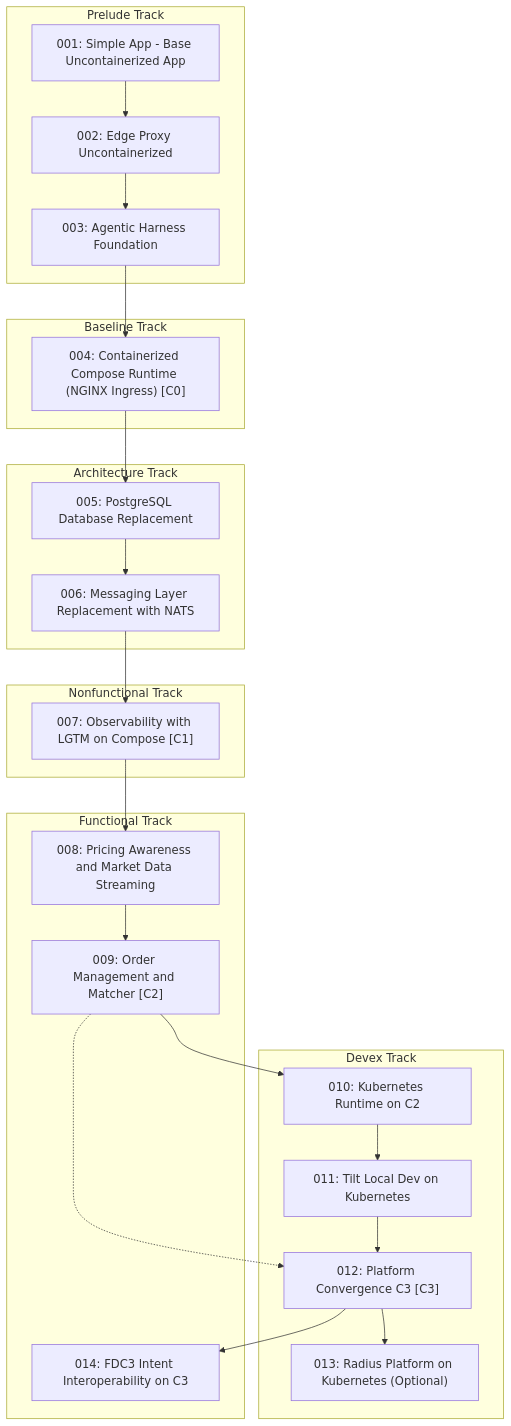
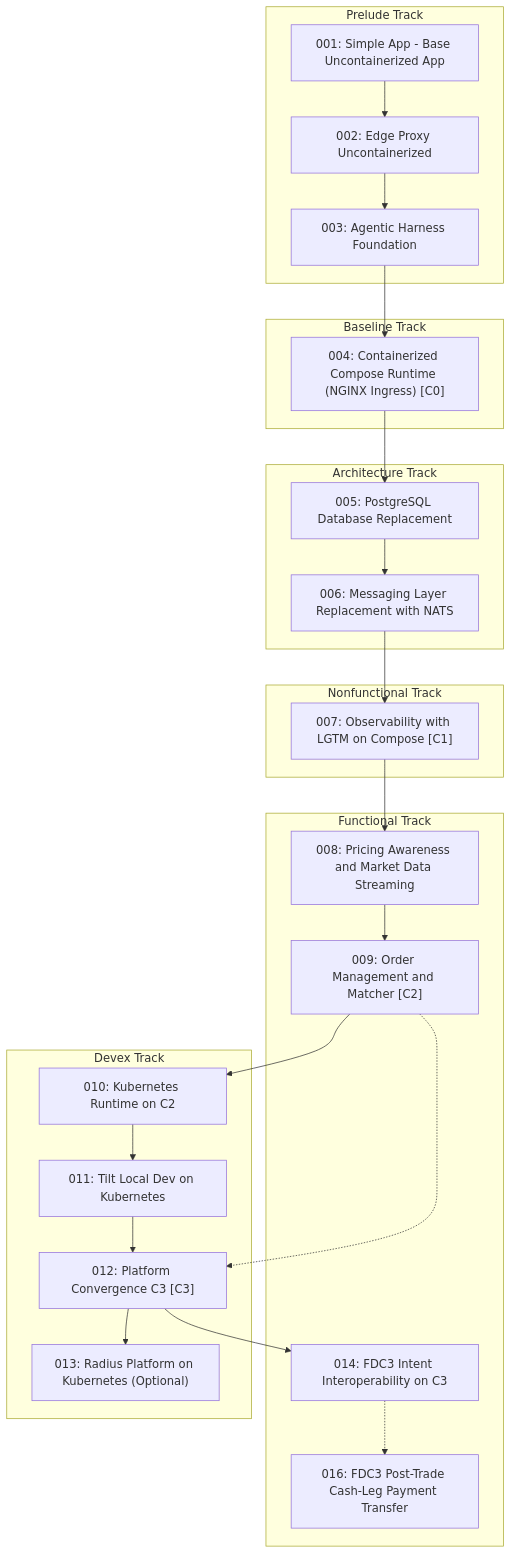
One commit to finos/traderX changed the third of 3 diagrams in docs/learning-paths/index.md. Above: the diagram before and after it, drawn with Mermaid. The commit also changed other lines of this file and 10 other files, not shown here.

````diff
--- a/docs/learning-paths/index.md
+++ b/docs/learning-paths/index.md
@@ -108,44 +112,46 @@
 ```mermaid
 flowchart TB
   subgraph PRELUDE["Prelude Track"]
     S001_baseline_uncontainerized_parity["001: Simple App - Base Uncontainerized App"]
     S002_edge_proxy_uncontainerized["002: Edge Proxy Uncontainerized"]
     S003_agentic_harness_foundation["003: Agentic Harness Foundation"]
   end
   subgraph BASELINE["Baseline Track"]
     S004_containerized_compose_runtime["004: Containerized Compose Runtime (NGINX Ingress) [C0]"]
   end
   subgraph ARCHITECTURE["Architecture Track"]
     S005_postgres_database_replacement["005: PostgreSQL Database Replacement"]
     S006_messaging_nats_replacement["006: Messaging Layer Replacement with NATS"]
   end
   subgraph NONFUNCTIONAL["Nonfunctional Track"]
     S007_observability_lgtm_compose["007: Observability with LGTM on Compose [C1]"]
   end
   subgraph FUNCTIONAL["Functional Track"]
     S008_pricing_awareness_market_data["008: Pricing Awareness and Market Data Streaming"]
     S009_order_management_matcher["009: Order Management and Matcher [C2]"]
     S014_fdc3_intent_interoperability["014: FDC3 Intent Interoperability on C3"]
+    S016_post_trade_settlement_bankerx["016: FDC3 Post-Trade Cash-Leg Payment Transfer"]
   end
   subgraph DEVEX["Devex Track"]
     S010_kubernetes_runtime["010: Kubernetes Runtime on C2"]
     S011_tilt_kubernetes_dev_loop["011: Tilt Local Dev on Kubernetes"]
     S012_platform_convergence_c3["012: Platform Convergence C3 [C3]"]
     S013_radius_kubernetes_platform["013: Radius Platform on Kubernetes (Optional)"]
   end
   S001_baseline_uncontainerized_parity --> S002_edge_proxy_uncontainerized
   S002_edge_proxy_uncontainerized --> S003_agentic_harness_foundation
   S003_agentic_harness_foundation --> S004_containerized_compose_runtime
   S004_containerized_compose_runtime --> S005_postgres_database_replacement
   S005_postgres_database_replacement --> S006_messaging_nats_replacement
   S006_messaging_nats_replacement --> S007_observability_lgtm_compose
   S007_observability_lgtm_compose --> S008_pricing_awareness_market_data
   S008_pricing_awareness_market_data --> S009_order_management_matcher
   S009_order_management_matcher --> S010_kubernetes_runtime
   S010_kubernetes_runtime --> S011_tilt_kubernetes_dev_loop
   S011_tilt_kubernetes_dev_loop --> S012_platform_convergence_c3
   S012_platform_convergence_c3 --> S013_radius_kubernetes_platform
   S012_platform_convergence_c3 --> S014_fdc3_intent_interoperability
+  S014_fdc3_intent_interoperability -.-> S016_post_trade_settlement_bankerx
   S009_order_management_matcher -.-> S012_platform_convergence_c3
   classDef convergence fill:#d7f5dd,stroke:#2e7d32,stroke-width:2px
 ```
````
